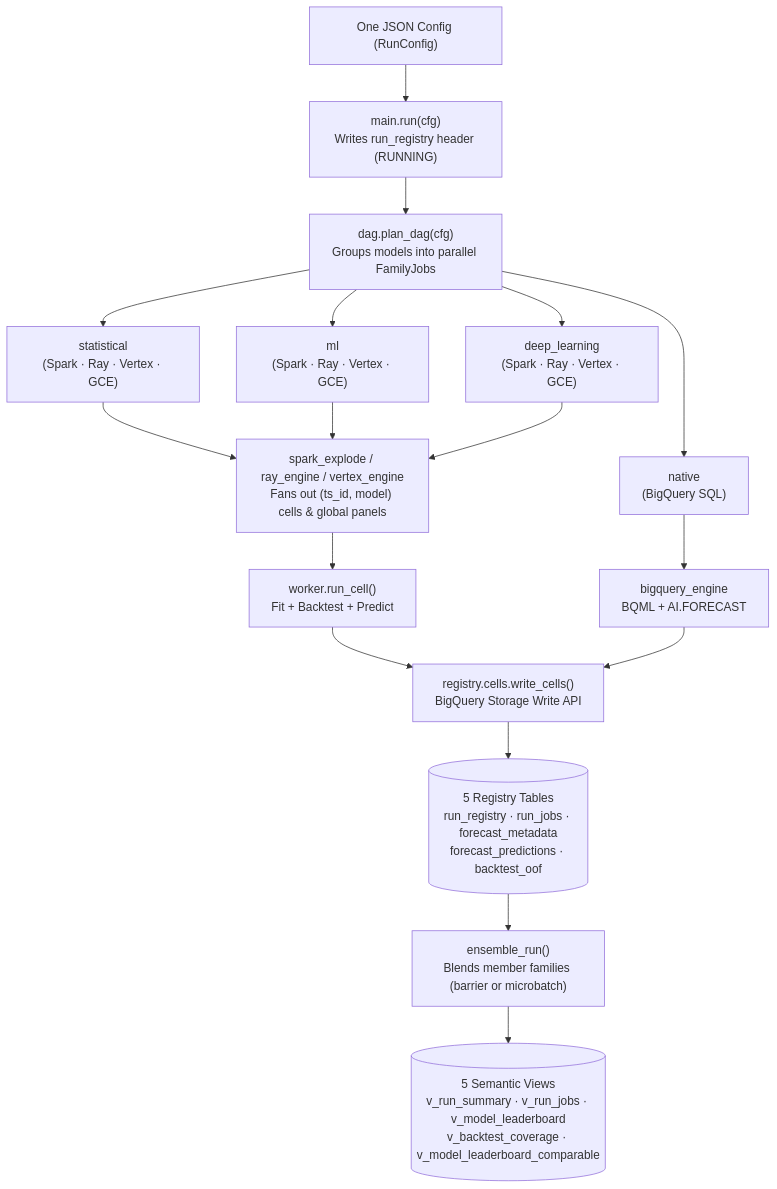
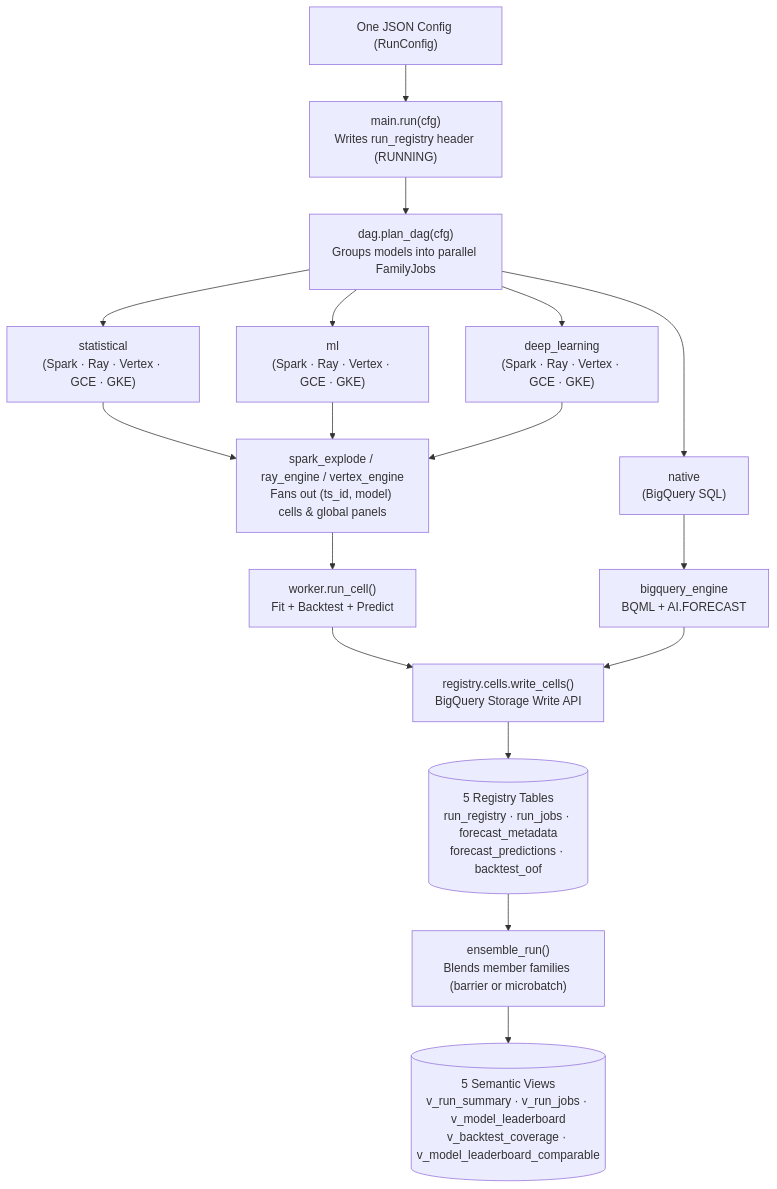
The first of 2 diagrams in docs/architecture.md (statmike/scale-forecasting), drawn with Mermaid before and after one commit. The commit also changed other lines of this file and 59 other files, not shown here.

Commit message:
feat(gke): add Google Kubernetes Engine (gke) runtime, Indexed Jobs, Ray-on-GKE, per-pod GPU scale-down, and runtimes reference

````diff
--- a/docs/architecture.md
+++ b/docs/architecture.md
@@ -32,20 +32,20 @@
 ```mermaid
 flowchart TD
     Cfg["One JSON Config (RunConfig)"] --> Main["main.run(cfg)\nWrites run_registry header (RUNNING)"]
     Main --> Plan["dag.plan_dag(cfg)\nGroups models into parallel FamilyJobs"]
 
-    Plan --> Stat["statistical\n(Spark · Ray · Vertex · GCE)"]
-    Plan --> ML["ml\n(Spark · Ray · Vertex · GCE)"]
-    Plan --> DL["deep_learning\n(Spark · Ray · Vertex · GCE)"]
+    Plan --> Stat["statistical\n(Spark · Ray · Vertex · GCE · GKE)"]
+    Plan --> ML["ml\n(Spark · Ray · Vertex · GCE · GKE)"]
+    Plan --> DL["deep_learning\n(Spark · Ray · Vertex · GCE · GKE)"]
     Plan --> Nat["native\n(BigQuery SQL)"]
 
     Stat & ML & DL --> Engine["spark_explode / ray_engine / vertex_engine\nFans out (ts_id, model) cells & global panels"]
     Engine --> Cell["worker.run_cell()\nFit + Backtest + Predict"]
     Nat --> BQEng["bigquery_engine\nBQML + AI.FORECAST"]
 
     Cell & BQEng --> Write["registry.cells.write_cells()\nBigQuery Storage Write API"]
     Write --> Tables[("5 Registry Tables\nrun_registry · run_jobs · forecast_metadata\nforecast_predictions · backtest_oof")]
 
     Tables --> Ens["ensemble_run()\nBlends member families (barrier or microbatch)"]
     Ens --> Views[("5 Semantic Views\nv_run_summary · v_run_jobs · v_model_leaderboard\nv_backtest_coverage · v_model_leaderboard_comparable")]
 ```
````
